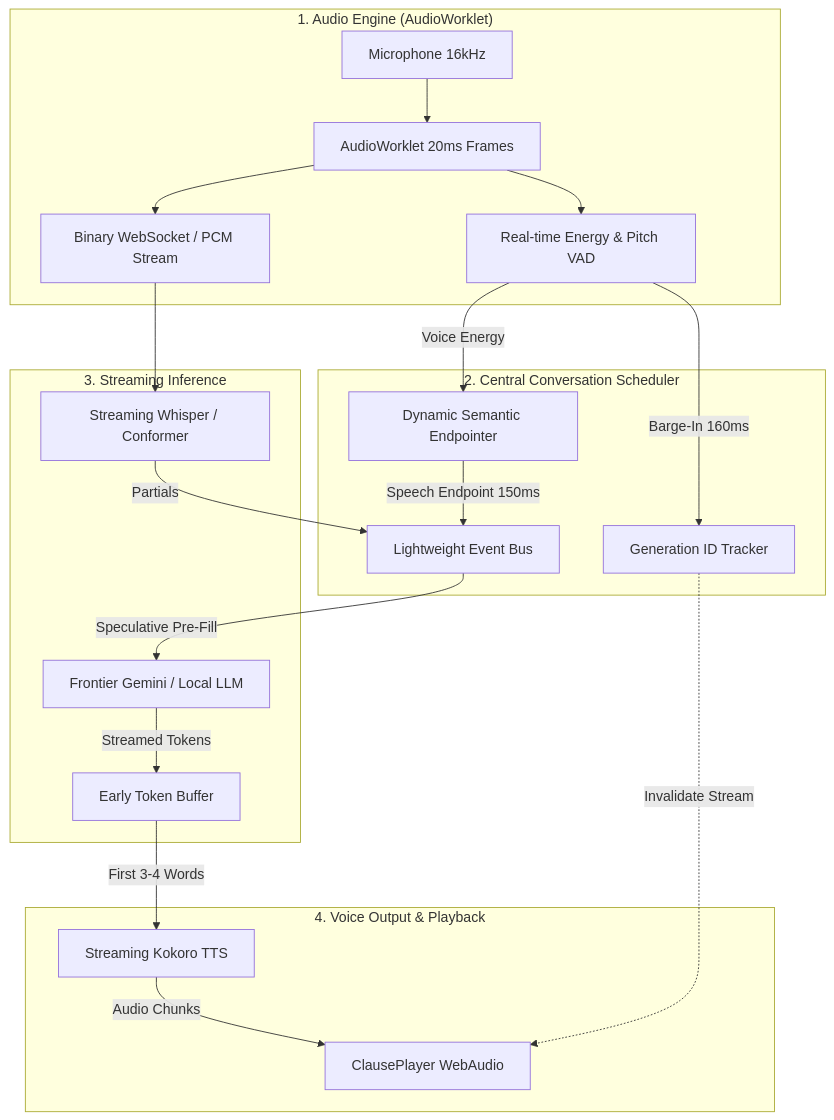
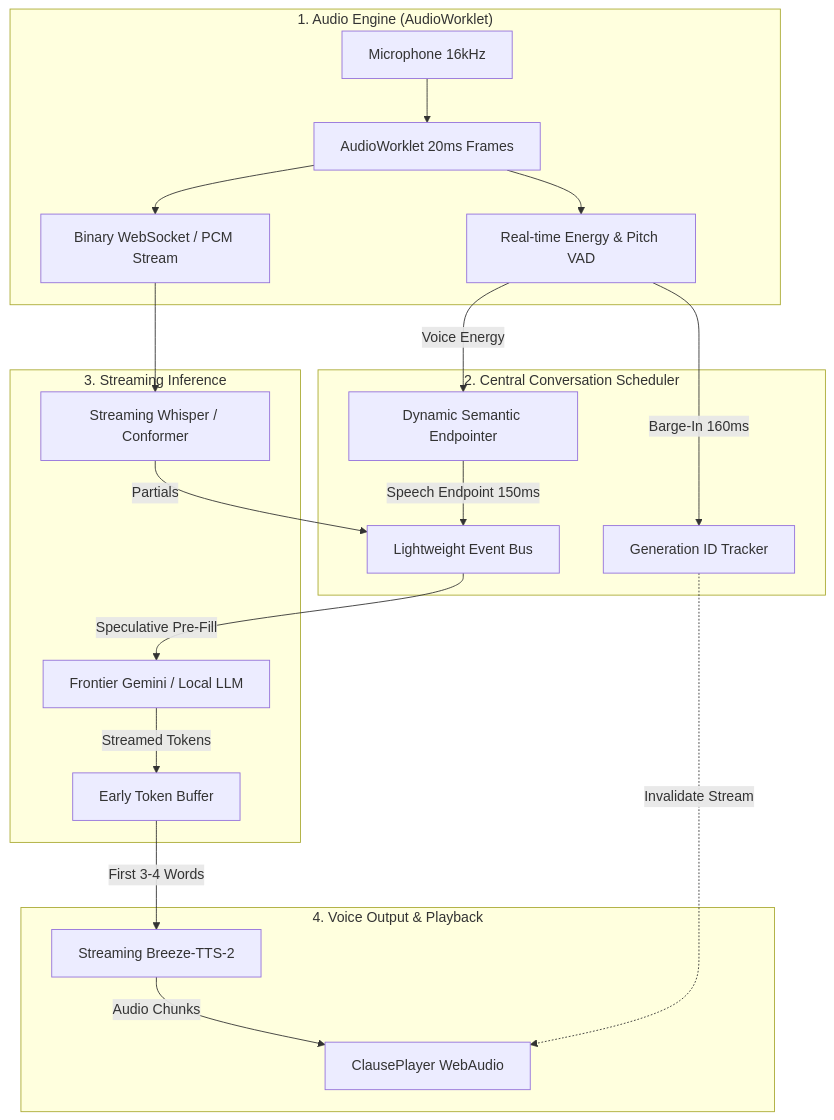
The diagram in VOICE_ARCHITECTURE_ROADMAP.md (teminali/teminali-os), drawn with Mermaid before and after one commit. The commit also changed other lines of this file and 185 other files, not shown here.

Commit message:
release(v0.0.19): local voice engine, capabilities directory, timeline narration waveform, and cumulative 28-turn verification

````diff
--- a/VOICE_ARCHITECTURE_ROADMAP.md
+++ b/VOICE_ARCHITECTURE_ROADMAP.md
@@ -18,30 +18,30 @@
 ```mermaid
 flowchart TD
     subgraph AudioEngine ["1. Audio Engine (AudioWorklet)"]
         MIC[Microphone 16kHz] --> AW[AudioWorklet 20ms Frames]
         AW --> VAD[Real-time Energy & Pitch VAD]
         AW --> BIN_WS[Binary WebSocket / PCM Stream]
     end
 
     subgraph Scheduler ["2. Central Conversation Scheduler"]
         BUS[Lightweight Event Bus]
         GEN[Generation ID Tracker]
         ENDP[Dynamic Semantic Endpointer]
         VAD -->|Voice Energy| ENDP
         ENDP -->|Speech Endpoint 150ms| BUS
         VAD -->|Barge-In 160ms| GEN
     end
 
     subgraph ASR_LLM ["3. Streaming Inference"]
         BIN_WS --> ASR[Streaming Whisper / Conformer]
         ASR -->|Partials| BUS
         BUS -->|Speculative Pre-Fill| LLM[Frontier Gemini / Local LLM]
         LLM -->|Streamed Tokens| TTS_IN[Early Token Buffer]
     end
 
     subgraph Synthesis ["4. Voice Output & Playback"]
-        TTS_IN -->|First 3-4 Words| KOKORO[Streaming Kokoro TTS]
-        KOKORO -->|Audio Chunks| AUDIO_OUT[ClausePlayer WebAudio]
+        TTS_IN -->|First 3-4 Words| BREEZE[Streaming Breeze-TTS-2]
+        BREEZE -->|Audio Chunks| AUDIO_OUT[ClausePlayer WebAudio]
         GEN -.->|Invalidate Stream| AUDIO_OUT
     end
 ```
````
